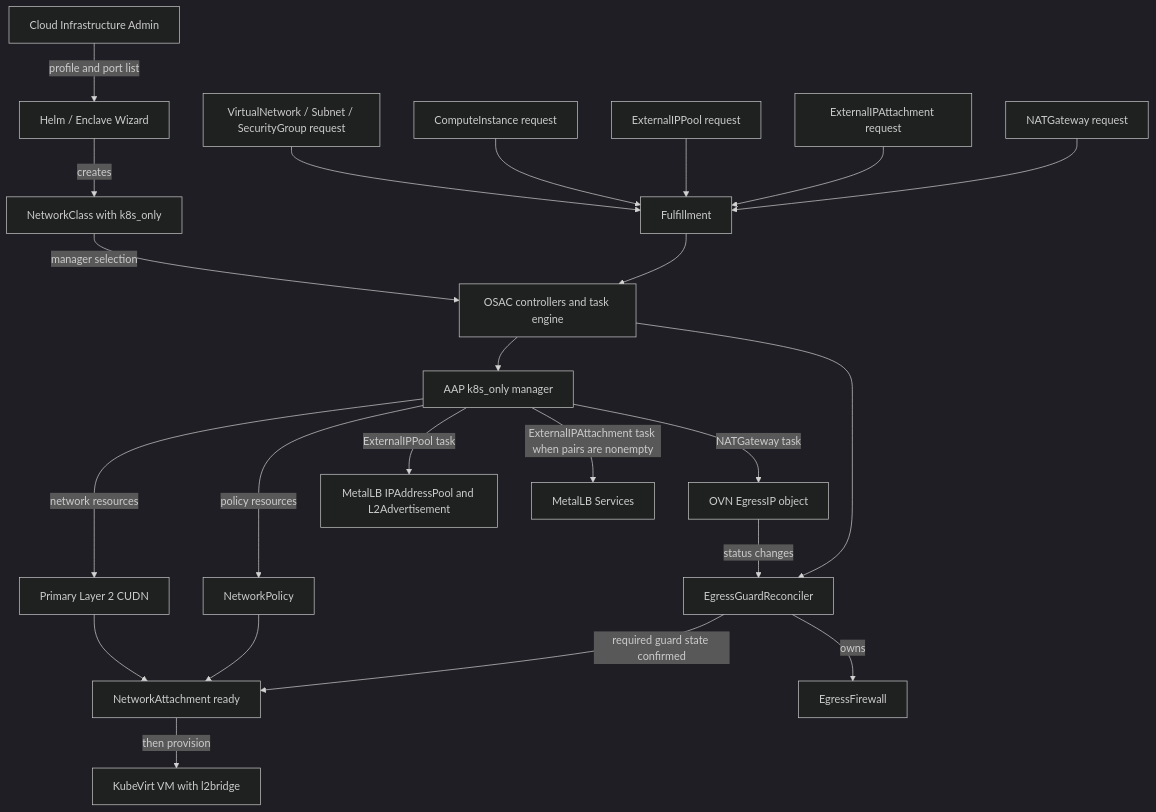
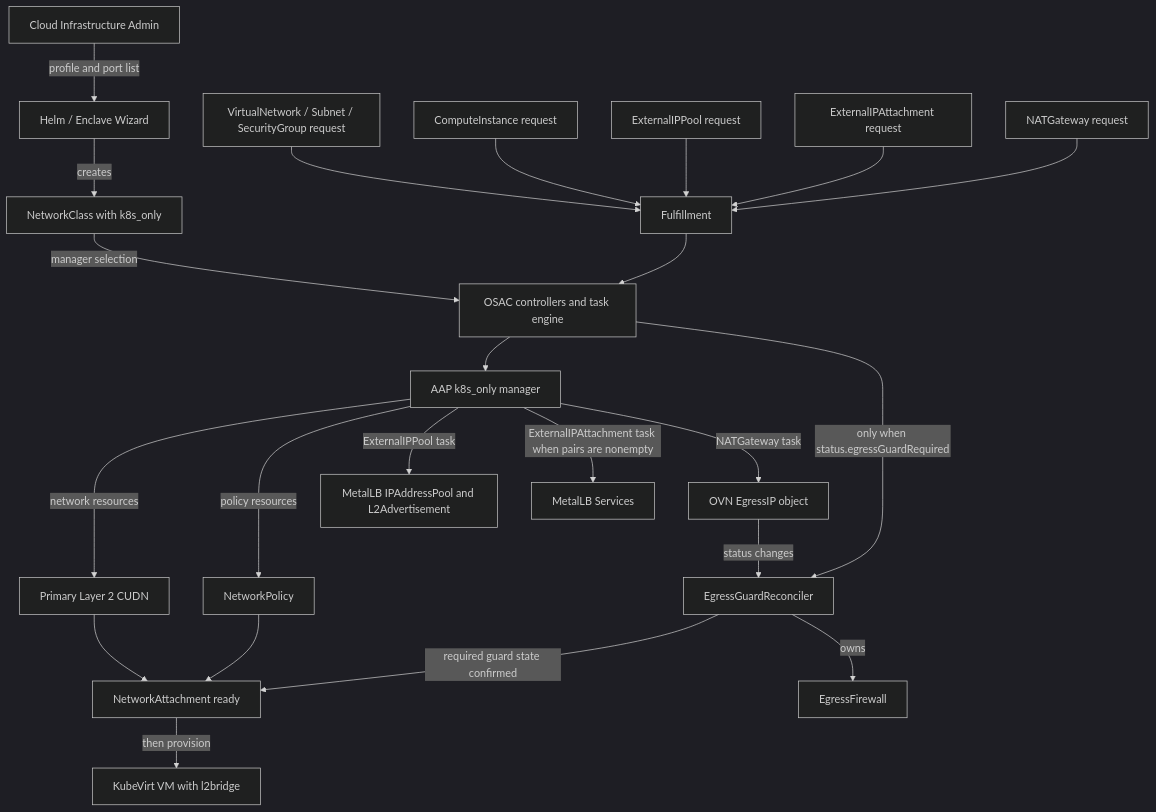
Before and after one commit to osac-project/enhancement-proposals: the first of 2 diagrams in enhancements/OSAC-7436-kubernetes-only-k8s-manager-networking/design.md, drawn with Mermaid (dark theme). The commit also changed other lines of this file and 7 other files, not shown here.

````diff
--- a/enhancements/OSAC-7436-kubernetes-only-k8s-manager-networking/design.md
+++ b/enhancements/OSAC-7436-kubernetes-only-k8s-manager-networking/design.md
@@ -47,25 +47,25 @@
 ```mermaid
 flowchart TD
   Admin[Cloud Infrastructure Admin] -->|profile and port list| Installer[Helm / Enclave Wizard]
   Installer -->|creates| NC[NetworkClass with k8s_only]
   NC -->|manager selection| Operator
   VNetRequest[VirtualNetwork / Subnet / SecurityGroup request] --> Fulfillment
   VMRequest[ComputeInstance request] --> Fulfillment
   PoolRequest[ExternalIPPool request] --> Fulfillment
   AttachRequest[ExternalIPAttachment request] --> Fulfillment
   NATRequest[NATGateway request] --> Fulfillment
   Fulfillment --> Operator[OSAC controllers and task engine]
   Operator --> Manager[AAP k8s_only manager]
-  Operator --> Guard[EgressGuardReconciler]
+  Operator -->|only when status.egressGuardRequired| Guard[EgressGuardReconciler]
   Manager -->|network resources| CUDN[Primary Layer 2 CUDN]
   Manager -->|policy resources| Policy[NetworkPolicy]
   CUDN --> NetworkAttachment[NetworkAttachment ready]
   Policy --> NetworkAttachment
   Guard -->|required guard state confirmed| NetworkAttachment
   NetworkAttachment -->|then provision| VM[KubeVirt VM with l2bridge]
   Manager -->|ExternalIPPool task| Pool[MetalLB IPAddressPool and L2Advertisement]
   Manager -->|ExternalIPAttachment task when pairs are nonempty| Services[MetalLB Services]
   Manager -->|NATGateway task| EIP[OVN EgressIP object]
   EIP -->|status changes| Guard
   Guard -->|owns| EgressFirewall[EgressFirewall]
 ```
````
